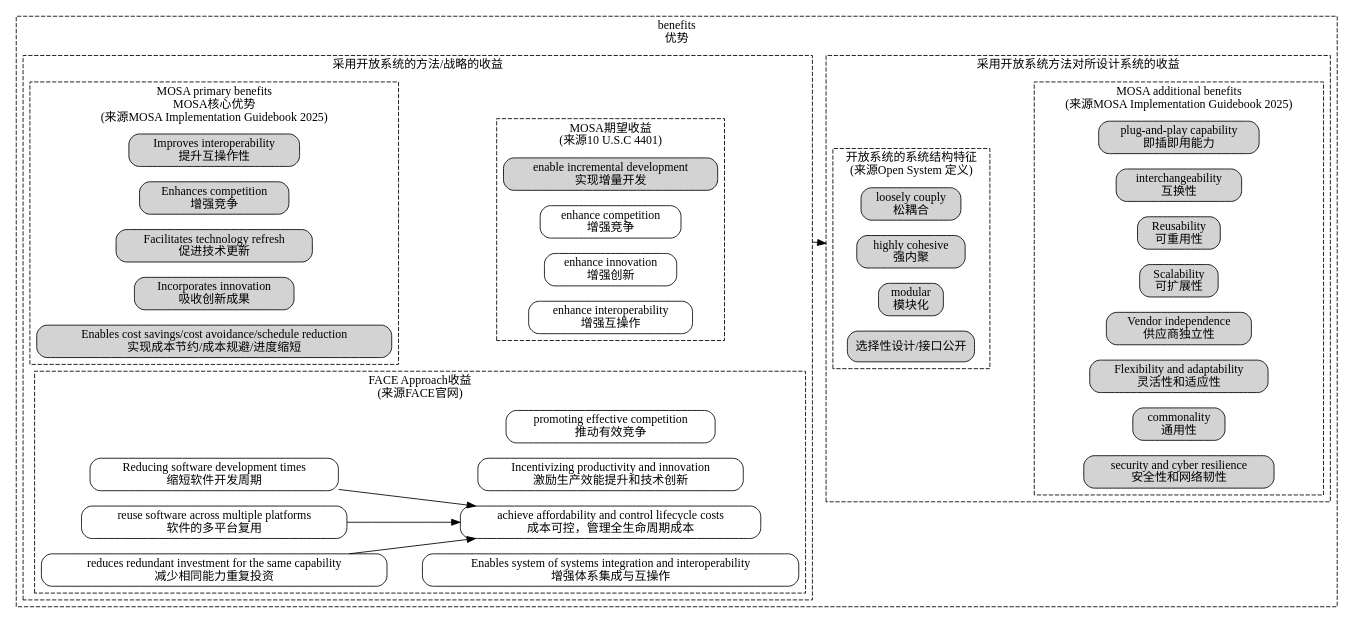
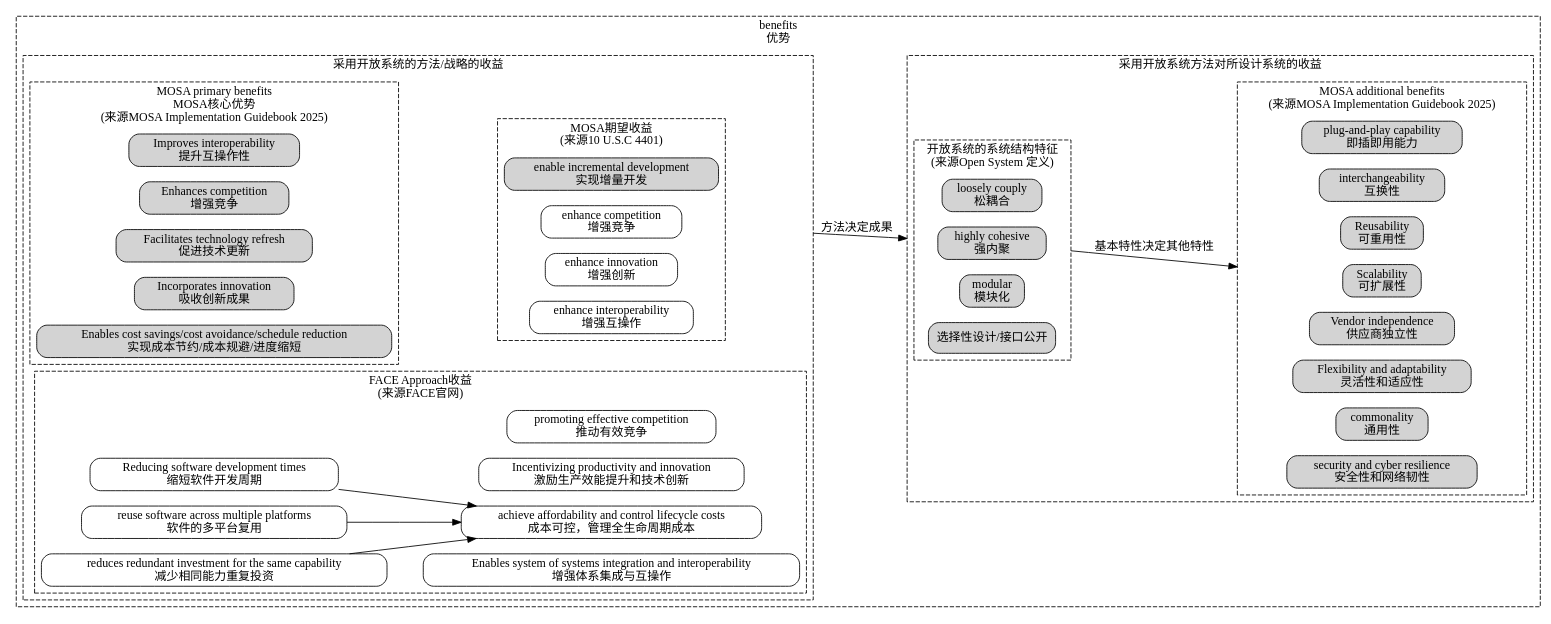
Before and after one commit to chaozhang2000/soa: the diagram in parts/soa_feature_benifits.dot, drawn with Graphviz. The commit also changed 5 other files, not shown here.

```diff
--- a/parts/soa_feature_benifits.dot
+++ b/parts/soa_feature_benifits.dot
@@ -1,72 +1,72 @@
 digraph G {
   graph [rankdir=LR,compound=true];
   node [shape=box, style="rounded,filled"];
 subgraph cluster_MOSA_benefits{
 	label="benefits\n优势"
 	style = dashed;
 subgraph cluster_MOSA_benefits1{
 	label="采用开放系统的方法/战略的收益"
 	style = dashed;
 	
 	subgraph cluster_MOSA_primary_benefits{
 	label="MOSA primary benefits\nMOSA核心优势\n(来源MOSA Implementation Guidebook 2025)"
 	style = dashed;
 	MOSA_Benefit1[label="Improves interoperability\n提升互操作性"]
 	MOSA_Benefit2[label="Enhances competition\n增强竞争"]
 	MOSA_Benefit3[label="Facilitates technology refresh\n促进技术更新"]
 	MOSA_Benefit4[label="Incorporates innovation\n吸收创新成果"]
 	MOSA_Benefit5[label="Enables cost savings/cost avoidance/schedule reduction\n实现成本节约/成本规避/进度缩短"]
 	}
 subgraph cluster_MOSA_benefits2{
 	label="MOSA期望收益\n(来源10 U.S.C 4401)"
 	style = dashed;
 	MOSA_Benefit14[label="enable incremental development\n实现增量开发"]
 	MOSA_Benefit15[label="enhance competition\n增强竞争",color=black,fillcolor=white]
 	MOSA_Benefit16[label="enhance innovation\n增强创新",color=black,fillcolor=white]
 	MOSA_Benefit17[label="enhance interoperability\n增强互操作",color=black,fillcolor=white]
 }
 subgraph cluster_FACE_benefits2{
 	label="FACE Approach收益\n(来源FACE官网)"
 	style = dashed;
 	FACE_Benefit0[label="promoting effective competition\n推动有效竞争",color=black,fillcolor=white]
 	FACE_Benefit1[label="achieve affordability and control lifecycle costs\n成本可控，管理全生命周期成本",color=black,fillcolor=white]
 	FACE_Benefit2[label="Incentivizing productivity and innovation\n激励生产效能提升和技术创新",color=black,fillcolor=white]
 	FACE_Benefit3[label="Reducing software development times\n缩短软件开发周期",color=black,fillcolor=white]
 	FACE_Benefit4[label="reuse software across multiple platforms\n软件的多平台复用",color=black,fillcolor=white]
 	FACE_Benefit5[label="reduces redundant investment for the same capability\n减少相同能力重复投资",color=black,fillcolor=white]
 	FACE_Benefit6[label="Enables system of systems integration and interoperability\n增强体系集成与互操作",color=black,fillcolor=white]
 	{rank=same;FACE_Benefit1;FACE_Benefit2;FACE_Benefit6;FACE_Benefit0}
 	FACE_Benefit3->FACE_Benefit1
 	FACE_Benefit4->FACE_Benefit1
 	FACE_Benefit5->FACE_Benefit1
 }
 }
 subgraph cluster_MOSA_system_benefits{
 	style = dashed;
 	label = "采用开放系统方法对所设计系统的收益"
 	subgraph cluster_MOSA_additional_benefits{
 	label="MOSA additional benefits\n(来源MOSA Implementation Guidebook 2025)"
 	style = dashed;
 	MOSA_Benefit6[label="plug-and-play capability\n即插即用能力"]
 	MOSA_Benefit7[label="interchangeability\n互换性"]
 	MOSA_Benefit8[label="Reusability\n可重用性"]
 	MOSA_Benefit9[label="Scalability\n可扩展性"]
 	MOSA_Benefit10[label="Vendor independence\n供应商独立性"]
 	MOSA_Benefit11[label="Flexibility and adaptability\n灵活性和适应性"]
 	MOSA_Benefit12[label="commonality\n通用性"]
 	MOSA_Benefit13[label="security and cyber resilience\n安全性和网络韧性"]
 	}
 	subgraph cluster_MOSA_system_benefits1{
 	label="开放系统的系统结构特征\n(来源Open System 定义)"
 	style = dashed;
 	OpenSystem_feature1[label="loosely couply\n松耦合"];
 	OpenSystem_feature2[label="highly cohesive\n强内聚"];
 	OpenSystem_feature3[label="modular\n模块化"];
 	OpenSystem_feature4[label="选择性设计/接口公开"];
 	}
-	OpenSystem_feature2->MOSA_Benefit9[style=invis]
+	OpenSystem_feature2->MOSA_Benefit9[lhead ="cluster_MOSA_additional_benefits",ltail = "cluster_MOSA_system_benefits1",label="基本特性决定其他特性" ]
 }
 }
-MOSA_Benefit15->OpenSystem_feature2[lhead = "cluster_MOSA_system_benefits",ltail = "cluster_MOSA_benefits1"]
+MOSA_Benefit15->OpenSystem_feature2[lhead = "cluster_MOSA_system_benefits",ltail = "cluster_MOSA_benefits1",label="方法决定成果"]
 MOSA_Benefit1->MOSA_Benefit14[style=invis]
 }
```
